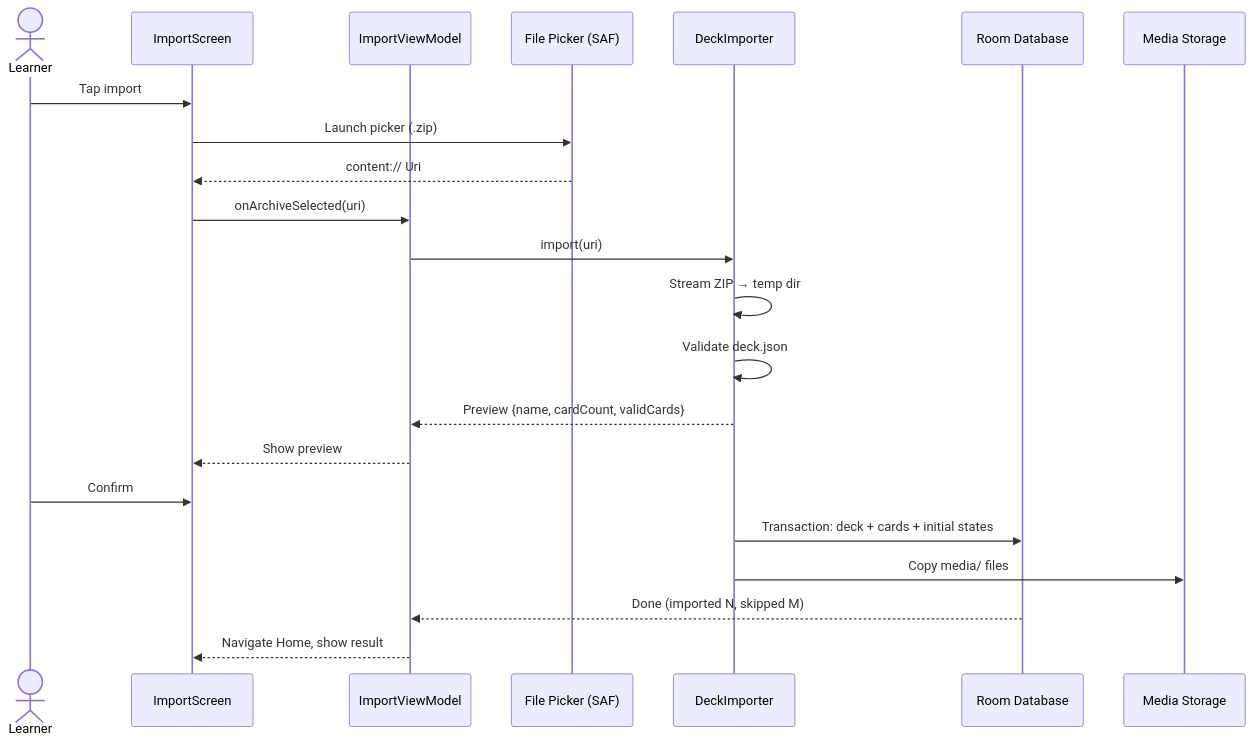
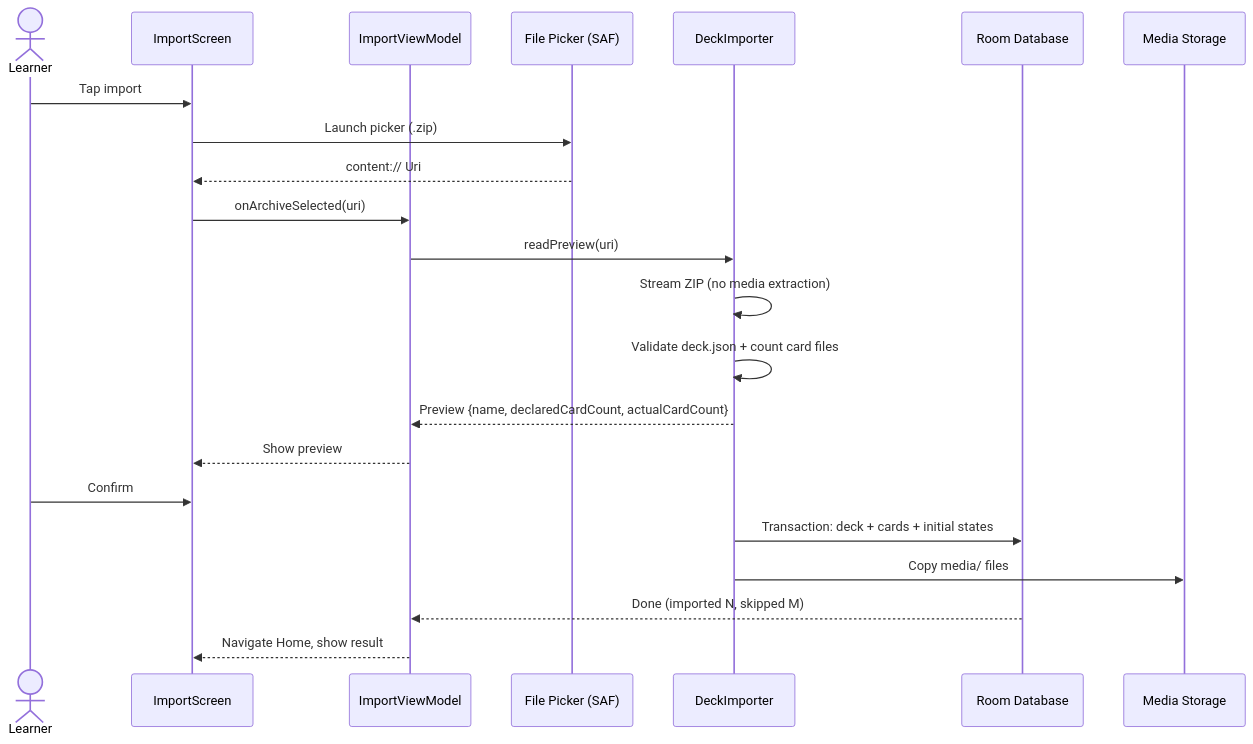
Before and after one commit to patbaumgartner/spaced-repeater-android: the first of 4 diagrams in docs/arc42/06-runtime-view.md, drawn with Mermaid. The commit also changed other lines of this file and 43 other files, not shown here.

````diff
--- a/docs/arc42/06-runtime-view.md
+++ b/docs/arc42/06-runtime-view.md
@@ -7,25 +7,25 @@
 ```mermaid
 sequenceDiagram
     actor L as Learner
     participant S as ImportScreen
     participant VM as ImportViewModel
     participant SAF as File Picker (SAF)
     participant Imp as DeckImporter
     participant DB as Room Database
     participant FS as Media Storage
 
     L->>S: Tap import
     S->>SAF: Launch picker (.zip)
     SAF-->>S: content:// Uri
     S->>VM: onArchiveSelected(uri)
-    VM->>Imp: import(uri)
-    Imp->>Imp: Stream ZIP → temp dir
-    Imp->>Imp: Validate deck.json
-    Imp-->>VM: Preview {name, cardCount, validCards}
+    VM->>Imp: readPreview(uri)
+    Imp->>Imp: Stream ZIP (no media extraction)
+    Imp->>Imp: Validate deck.json + count card files
+    Imp-->>VM: Preview {name, declaredCardCount, actualCardCount}
     VM-->>S: Show preview
     L->>S: Confirm
     Imp->>DB: Transaction: deck + cards + initial states
     Imp->>FS: Copy media/ files
     DB-->>VM: Done (imported N, skipped M)
     VM-->>S: Navigate Home, show result
 ```
````
